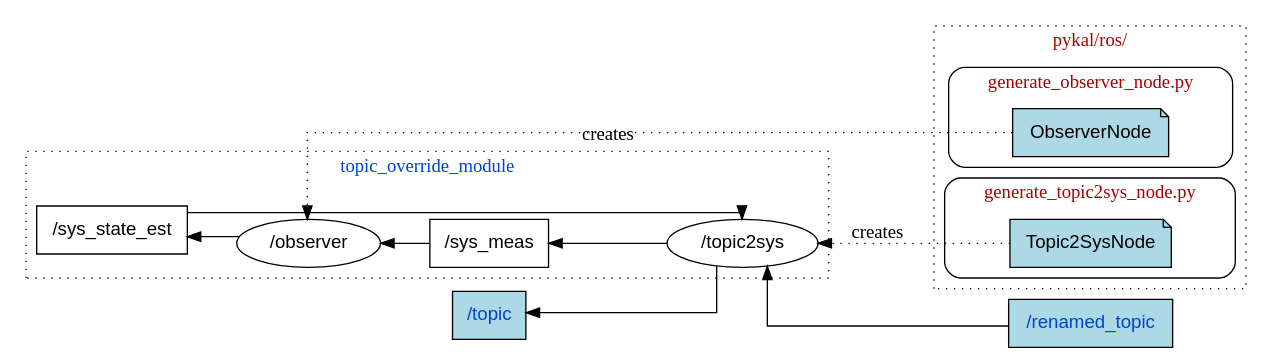
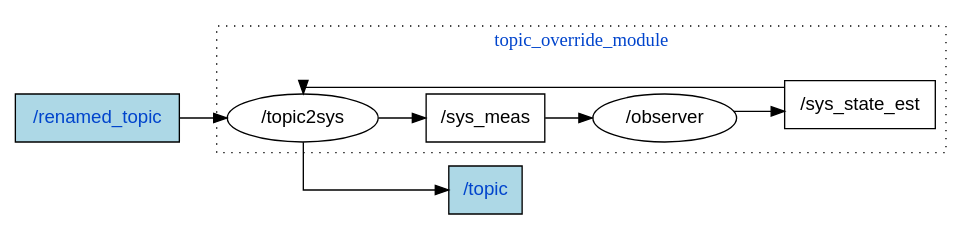
The third of 3 diagrams in docs/source/apiref/class_inheritance.rst (nehalsinghmangat/pykal), drawn with Graphviz before and after one commit. The commit also changed other lines of this file and 26 other files, not shown here.

```diff
--- a/docs/source/apiref/class_inheritance.rst
+++ b/docs/source/apiref/class_inheritance.rst
@@ -200,65 +228,38 @@
 .. graphviz::
    :caption: Node and Topic Topology
 
    digraph NodeTopicTopology {
      node [shape=box, fontname="Helvetica", style=filled, fillcolor=lightgray];
-     rankdir=RL;
+     rankdir=LR;
      splines=ortho;
-     // ros/ supercluster
-     subgraph cluster_ros {
-       label = "pykal/ros/";
-       fontcolor = "#a80000";
-       style = dotted;
-       color = black;
-       fillcolor = none;
-       // generate_observer_node.py
-       subgraph cluster_generate_observer_node {
-         label = "generate_observer_node.py";
-         style = rounded;
-         fontcolor = "#a80000";
-         ObserverNode [label="ObserverNode", shape=note, fillcolor=lightblue];
-       }
-
-       // generate_topic2sys_node.py
-       subgraph cluster_generate_topic2sys_node {
-         label = "generate_topic2sys_node.py";
-         style = rounded;
-         fontcolor = "#a80000";
-         Topic2SysNode [label="Topic2SysNode", shape=note, fillcolor=lightblue];
-       }
-     }
 
      // ros/ supercluster
      subgraph cluster_topic_override {
        label = "topic_override_module";
        fontcolor = "#0044cc";
        style = dotted;
        color = black;
        fillcolor = none;
      
 
 
          topic2sys [label="/topic2sys", shape=ellipse, style=filled, fillcolor=white];
 
 	 observer [label="/observer", shape=ellipse, style=filled, fillcolor=white];
        
 
          sys_meas [label="/sys_meas", shape=box, style=filled, fillcolor=white];
          sys_state_est [label="/sys_state_est", shape=box, style=filled, fillcolor=white];
 	 }
 	 renamed_topic [label="/renamed_topic", shape=box, style=filled, fillcolor=lightblue, fontcolor="#0044cc"];
 	 topic [label="/topic", shape=box, style=filled, fillcolor=lightblue, fontcolor="#0044cc"];
 	 
-     
 
-     // Relationships between nodes and their generator classes
-     ObserverNode -> observer [style=dotted, label="creates"];
-     Topic2SysNode -> topic2sys [style=dotted, label="creates"];
 
      topic2sys -> sys_meas; 
      topic2sys -> topic;
      sys_state_est -> topic2sys;
      renamed_topic -> topic2sys;
      sys_meas -> observer;
      observer -> sys_state_est;
    }
```
